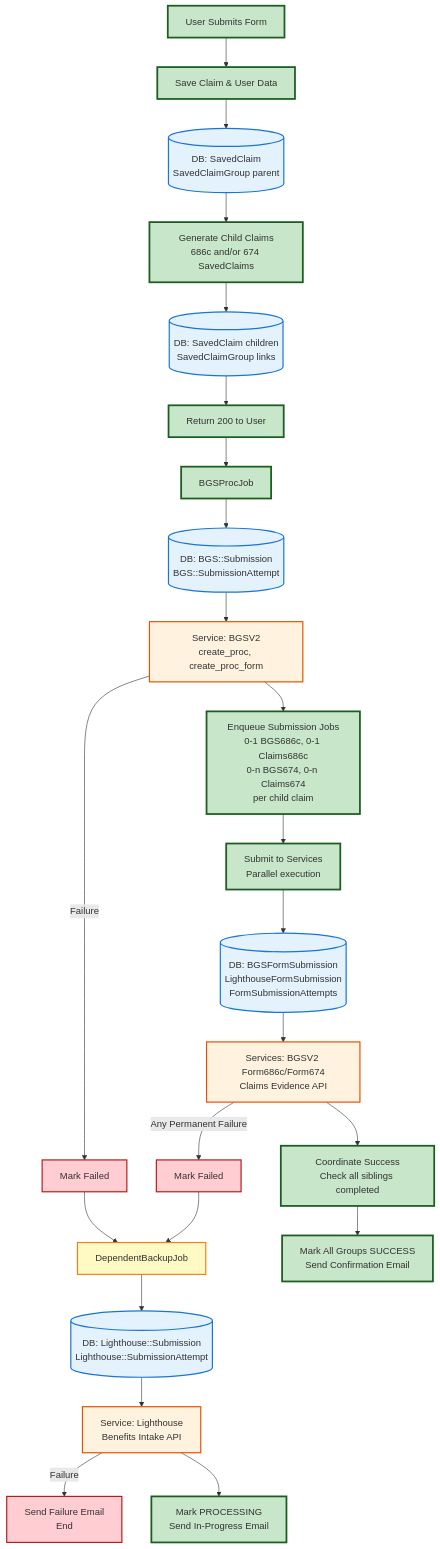
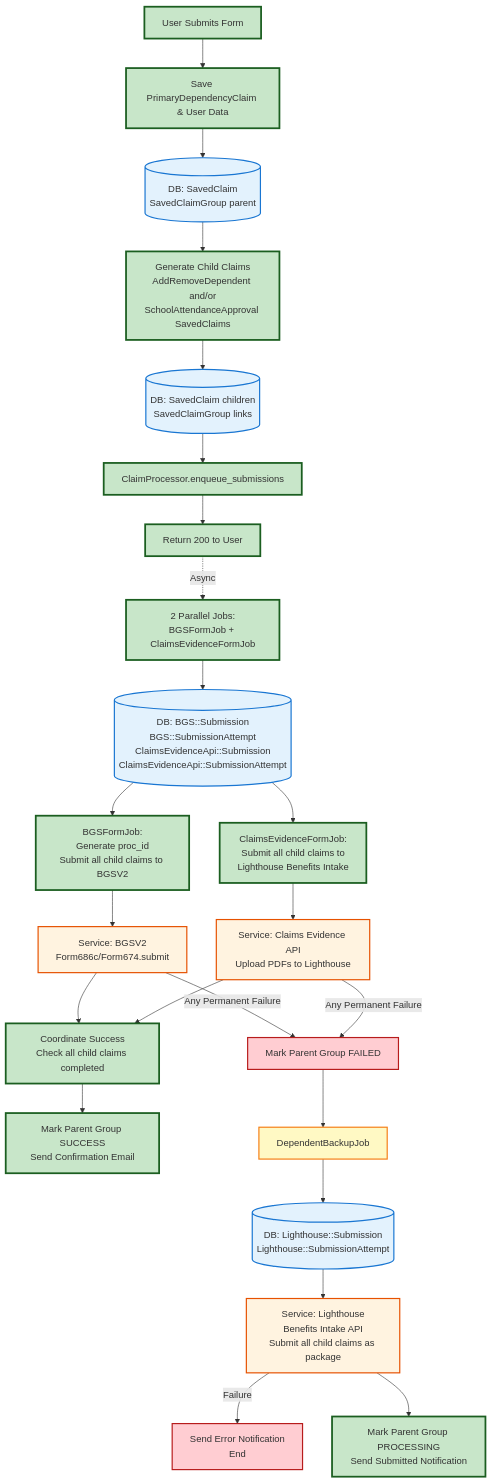
One commit to department-of-veterans-affairs/vets-api changed the diagram in modules/dependents_benefits/documentation/data_flow_diagrams/full_data_flow.md. Above: the diagram before and after it, drawn with Mermaid. The commit also changed other lines of this file and 5 other files, not shown here.

````diff
--- a/modules/dependents_benefits/documentation/data_flow_diagrams/full_data_flow.md
+++ b/modules/dependents_benefits/documentation/data_flow_diagrams/full_data_flow.md
@@ -11,42 +11,45 @@
 ```mermaid
 graph TD
-    Start[User Submits Form] --> SaveClaim[Save Claim & User Data]
+    Start[User Submits Form] --> SaveClaim[Save PrimaryDependencyClaim & User Data]
     SaveClaim --> DB1[(DB: SavedClaim<br/>SavedClaimGroup parent)]
-    DB1 --> GenChildren[Generate Child Claims<br/>686c and/or 674 SavedClaims]
+    DB1 --> GenChildren[Generate Child Claims<br/>AddRemoveDependent and/or<br/>SchoolAttendanceApproval SavedClaims]
     GenChildren --> DB2[(DB: SavedClaim children<br/>SavedClaimGroup links)]
-    DB2 --> Return[Return 200 to User]
+    DB2 --> Enqueue[ClaimProcessor.enqueue_submissions]
+    Enqueue --> Return[Return 200 to User]
     
-    Return --> BGSProc[BGSProcJob]
-    BGSProc --> DB3[(DB: BGS::Submission<br/>BGS::SubmissionAttempt)]
-    DB3 --> BGSService[Service: BGSV2<br/>create_proc, create_proc_form]
-    BGSService -->|Failure| BGSFail[Mark Failed]
-    BGSService --> EnqueueSubs[Enqueue Submission Jobs<br/>0-1 BGS686c, 0-1 Claims686c<br/>0-n BGS674, 0-n Claims674<br/>per child claim]
+    Return -.Async.-> ParallelJobs[2 Parallel Jobs:<br/>BGSFormJob + ClaimsEvidenceFormJob]
+    ParallelJobs --> DB3[(DB: BGS::Submission<br/>BGS::SubmissionAttempt<br/>ClaimsEvidenceApi::Submission<br/>ClaimsEvidenceApi::SubmissionAttempt)]
     
-    EnqueueSubs --> SubmitAll[Submit to Services<br/>Parallel execution]
-    SubmitAll --> DB4[(DB: BGSFormSubmission<br/>LighthouseFormSubmission<br/>FormSubmissionAttempts)]
-    DB4 --> Services[Services: BGSV2 Form686c/Form674<br/>Claims Evidence API]
-    Services -->|Any Permanent Failure| SubFail[Mark Failed]
-    Services --> Coordinate[Coordinate Success<br/>Check all siblings completed]
+    DB3 --> BGSFlow[BGSFormJob:<br/>Generate proc_id<br/>Submit all child claims to BGSV2]
+    DB3 --> ClaimsFlow[ClaimsEvidenceFormJob:<br/>Submit all child claims to<br/>Lighthouse Benefits Intake]
     
-    Coordinate --> MarkSuccess[Mark All Groups SUCCESS<br/>Send Confirmation Email]
+    BGSFlow --> BGSService[Service: BGSV2<br/>Form686c/Form674.submit]
+    ClaimsFlow --> ClaimsService[Service: Claims Evidence API<br/>Upload PDFs to Lighthouse]
     
-    BGSFail --> Backup[DependentBackupJob]
-    SubFail --> Backup
+    BGSService -->|Any Permanent Failure| JobFail[Mark Parent Group FAILED]
+    ClaimsService -->|Any Permanent Failure| JobFail
+    
+    BGSService --> Coordinate[Coordinate Success<br/>Check all child claims completed]
+    ClaimsService --> Coordinate
+    
+    Coordinate --> MarkSuccess[Mark Parent Group SUCCESS<br/>Send Confirmation Email]
+    
+    JobFail --> Backup[DependentBackupJob]
     Backup --> DB5[(DB: Lighthouse::Submission<br/>Lighthouse::SubmissionAttempt)]
-    DB5 --> BackupService[Service: Lighthouse<br/>Benefits Intake API]
-    BackupService -->|Failure| BackupFail[Send Failure Email<br/>End]
-    BackupService --> BackupSuccess[Mark PROCESSING<br/>Send In-Progress Email]
+    DB5 --> BackupService[Service: Lighthouse<br/>Benefits Intake API<br/>Submit all child claims as package]
+    BackupService -->|Failure| BackupFail[Send Error Notification<br/>End]
+    BackupService --> BackupSuccess[Mark Parent Group PROCESSING<br/>Send Submitted Notification]
     
     %% Styling
     classDef mainPath fill:#c8e6c9,stroke:#1b5e20,stroke-width:3px
     classDef database fill:#e3f2fd,stroke:#1976d2,stroke-width:2px
     classDef service fill:#fff3e0,stroke:#e65100,stroke-width:2px
     classDef failure fill:#ffcdd2,stroke:#b71c1c,stroke-width:2px
     classDef backup fill:#fff9c4,stroke:#f57f17,stroke-width:2px
     
-    class Start,SaveClaim,GenChildren,Return,BGSProc,EnqueueSubs,SubmitAll,Coordinate,MarkSuccess,BackupSuccess mainPath
-    class DB1,DB2,DB3,DB4,DB5 database
-    class BGSService,Services,BackupService service
-    class BGSFail,SubFail,BackupFail failure
+    class Start,SaveClaim,GenChildren,Enqueue,Return,ParallelJobs,BGSFlow,ClaimsFlow,Coordinate,MarkSuccess,BackupSuccess mainPath
+    class DB1,DB2,DB3,DB5 database
+    class BGSService,ClaimsService,BackupService service
+    class JobFail,BackupFail failure
     class Backup backup
 ```
````
